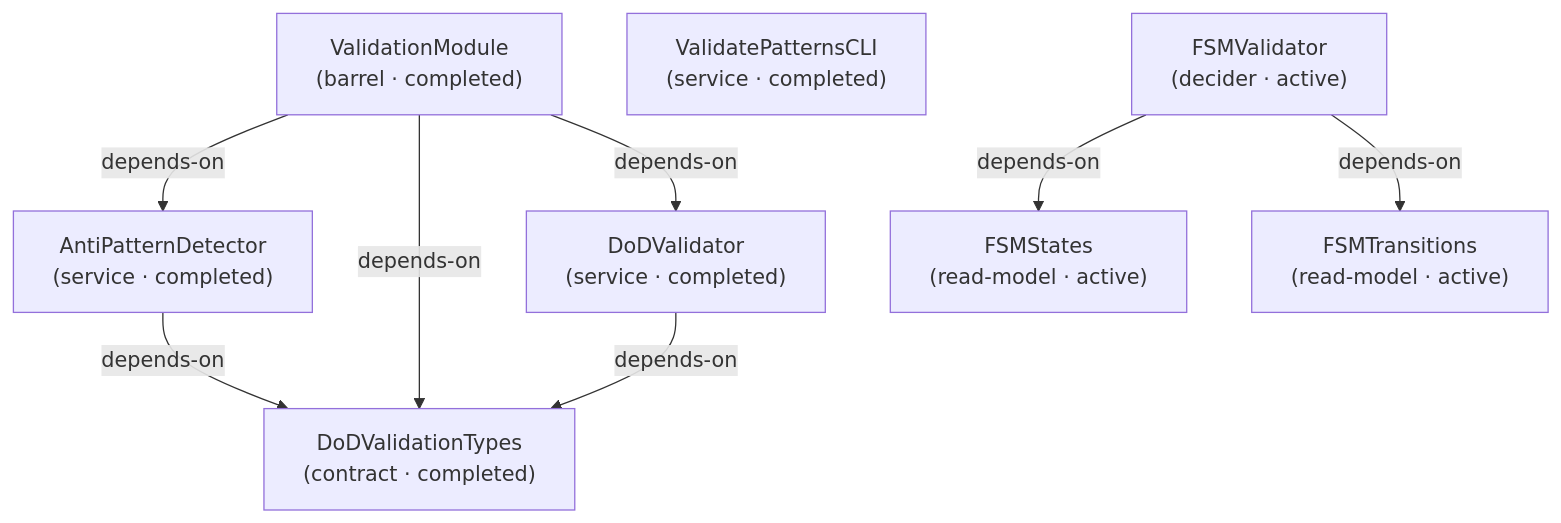
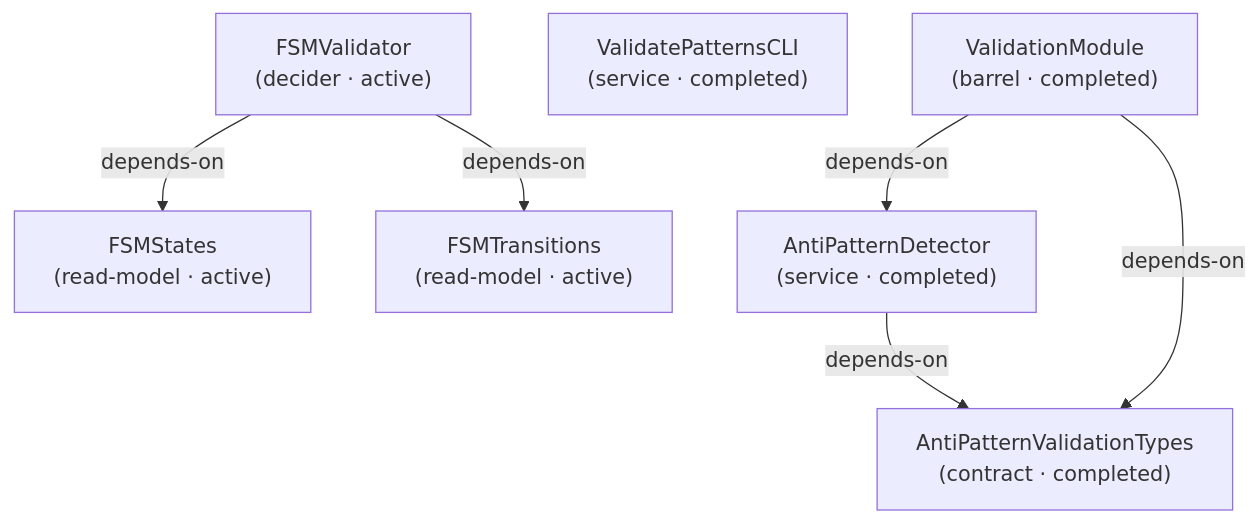
One commit to libar-dev/architect changed diagram 21 of 24 in docs-live/DESIGN-REVIEW.md. Above: the diagram before and after it, drawn with Mermaid. The commit also changed other lines of this file and 240 other files, not shown here.

````diff
--- a/docs-live/DESIGN-REVIEW.md
+++ b/docs-live/DESIGN-REVIEW.md
@@ -458,18 +454,15 @@
 ```mermaid
 graph TD
   antipatterndetector["AntiPatternDetector<br/>(service · completed)"]
-  dodvalidationtypes["DoDValidationTypes<br/>(contract · completed)"]
-  dodvalidator["DoDValidator<br/>(service · completed)"]
+  antipatternvalidationtypes["AntiPatternValidationTypes<br/>(contract · completed)"]
   fsmstates["FSMStates<br/>(read-model · active)"]
   fsmtransitions["FSMTransitions<br/>(read-model · active)"]
   fsmvalidator["FSMValidator<br/>(decider · active)"]
   validatepatternscli["ValidatePatternsCLI<br/>(service · completed)"]
   validationmodule["ValidationModule<br/>(barrel · completed)"]
-  antipatterndetector -->|depends-on| dodvalidationtypes
-  dodvalidator -->|depends-on| dodvalidationtypes
+  antipatterndetector -->|depends-on| antipatternvalidationtypes
   fsmvalidator -->|depends-on| fsmstates
   fsmvalidator -->|depends-on| fsmtransitions
   validationmodule -->|depends-on| antipatterndetector
-  validationmodule -->|depends-on| dodvalidationtypes
-  validationmodule -->|depends-on| dodvalidator
+  validationmodule -->|depends-on| antipatternvalidationtypes
 ```
````
